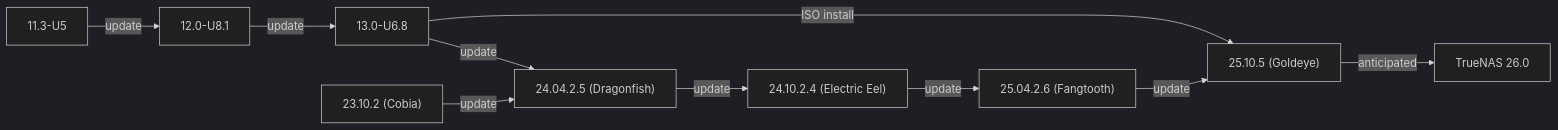
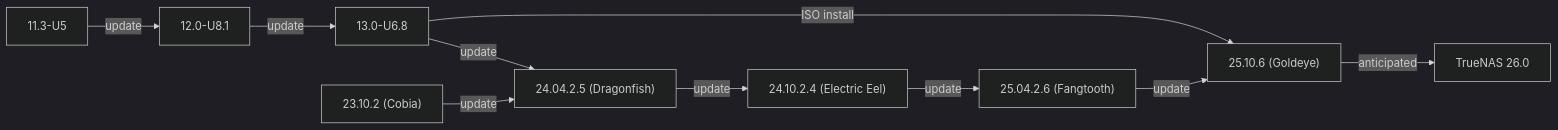
One commit to truenas/documentation changed the second of 2 diagrams in static/includes/SCALEUpgradePaths.md. Above: the diagram before and after it, drawn with Mermaid (dark theme). The commit also changed other lines of this file and 2 other files, not shown here.

Commit message:
DOCS-2711 / 27 / Docs 2711 25 10 6 follow up (#4706)
* Update scale-releases.yaml

* Update truenas-downloads.yaml

* Update SCALEUpgradePaths.md

```diff
--- a/static/includes/SCALEUpgradePaths.md
+++ b/static/includes/SCALEUpgradePaths.md
@@ -53,13 +53,13 @@
             {{< mermaid class="mermaid_sizing" >}}
             flowchart LR
               A["11.3-U5"] -->|update| B
               B["12.0-U8.1"] -->|update| C
               C["13.0-U6.8"] -->|ISO install| H
               C -->|update| E
               D["23.10.2 (Cobia)"] -->|update| E
               E["24.04.2.5 (Dragonfish)"]  -->|update| F
               F["24.10.2.4 (Electric Eel)"] -->|update| G
               G["25.04.2.6 (Fangtooth)"] -->|update| H
-              H["25.10.5 (Goldeye)"] -->|"anticipated"| I
+              H["25.10.6 (Goldeye)"] -->|"anticipated"| I
               I["TrueNAS 26.0"]
             {{< /mermaid >}}
```
